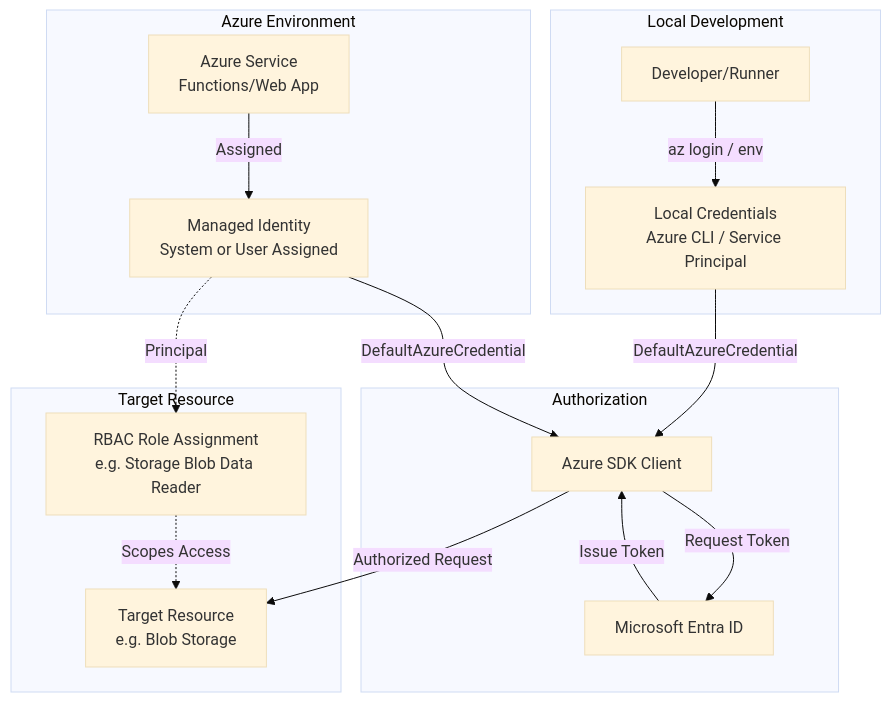
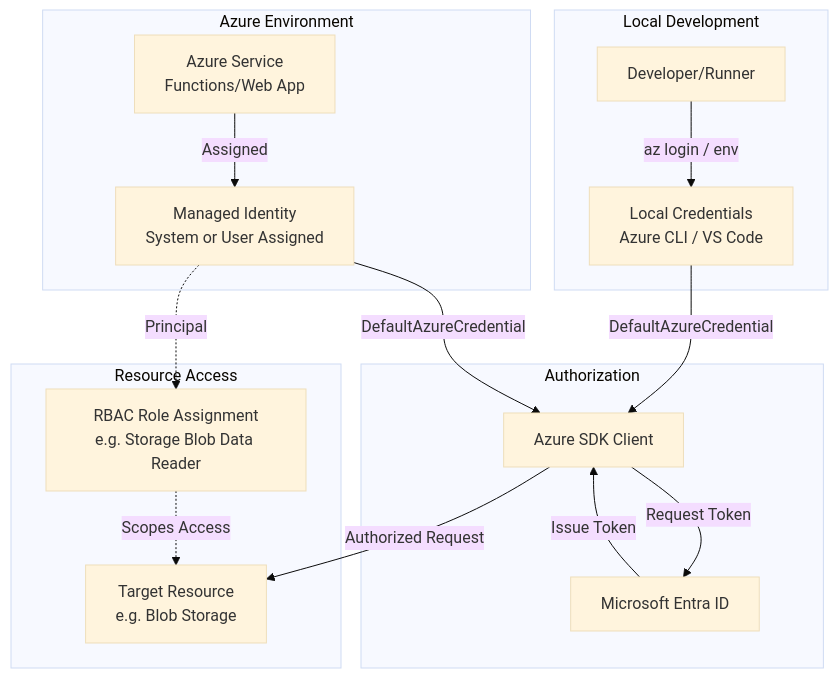
Before and after one commit to wildersa/azure_ref_kit: the diagram in building-blocks/security/managed-identity-rbac/README.md, drawn with Mermaid (base theme). The commit also changed other lines of this file and 2 other files, not shown here.

````diff
--- a/building-blocks/security/managed-identity-rbac/README.md
+++ b/building-blocks/security/managed-identity-rbac/README.md
@@ -117,23 +170,23 @@
 ```mermaid
 flowchart TD
     subgraph "Local Development"
-        Dev[Developer/Runner] -->|az login / env| LocalCreds[Local Credentials\nAzure CLI / Service Principal]
+        Dev[Developer/Runner] -->|az login / env| LocalCreds[Local Credentials\nAzure CLI / VS Code]
     end
 
     subgraph "Azure Environment"
         Service[Azure Service\nFunctions/Web App] -->|Assigned| MI[Managed Identity\nSystem or User Assigned]
     end
 
     subgraph "Authorization"
         LocalCreds -->|DefaultAzureCredential| SDK[Azure SDK Client]
         MI -->|DefaultAzureCredential| SDK
         SDK -->|Request Token| Entra[Microsoft Entra ID]
         Entra -->|Issue Token| SDK
     end
 
-    subgraph "Target Resource"
+    subgraph "Resource Access"
         SDK -->|Authorized Request| Resource[Target Resource\ne.g. Blob Storage]
         Role[RBAC Role Assignment\ne.g. Storage Blob Data Reader] -.->|Scopes Access| Resource
         MI -.->|Principal| Role
     end
 ```
````
